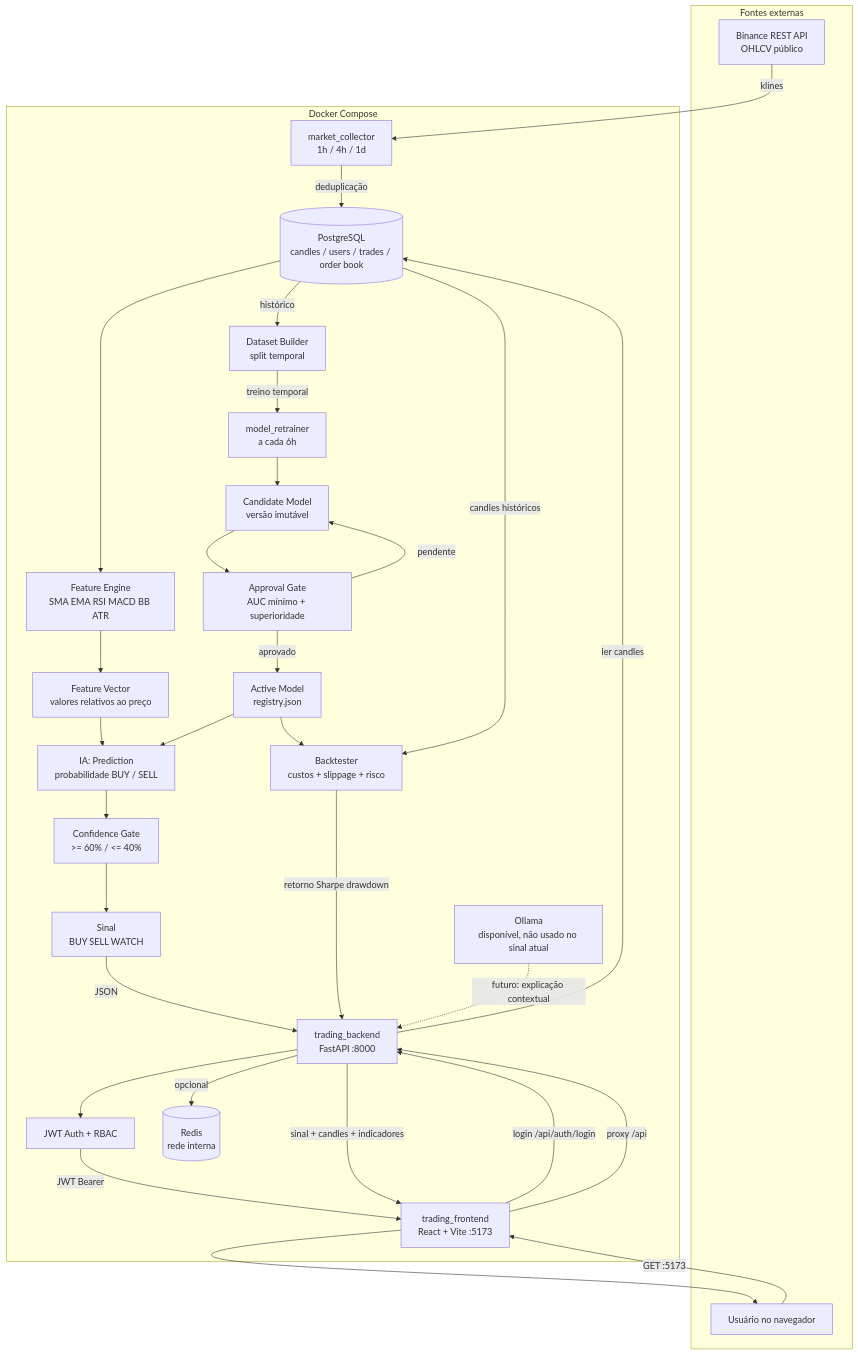
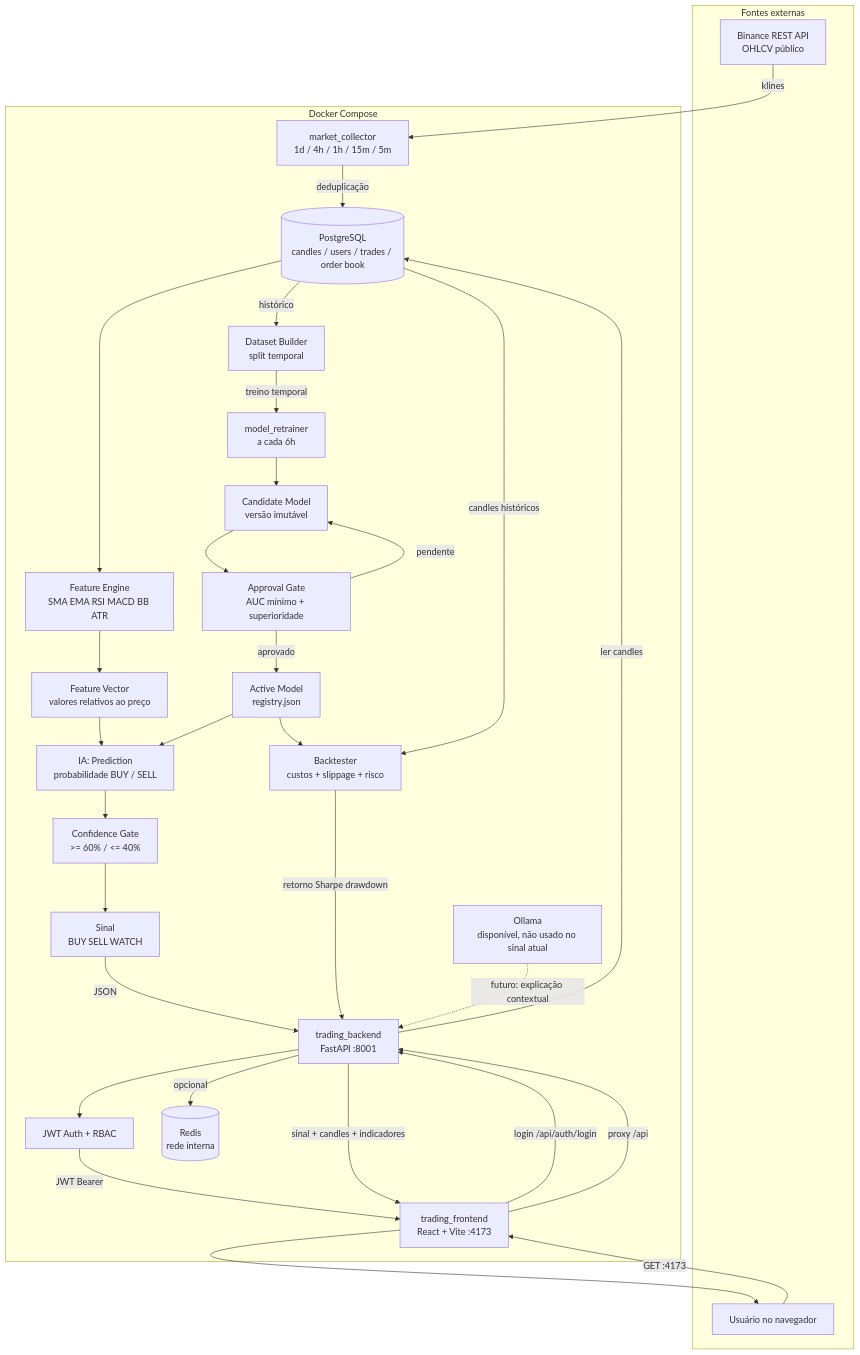
One commit to powerlok/tradeai changed the second of 7 diagrams in docs/ARCHITECTURE.md. Above: the diagram before and after it, drawn with Mermaid. The commit also changed other lines of this file and 85 other files, not shown here.

````diff
--- a/docs/ARCHITECTURE.md
+++ b/docs/ARCHITECTURE.md
@@ -40,60 +41,60 @@
 ```mermaid
 flowchart TD
     subgraph External[Fontes externas]
         Binance[Binance REST API\nOHLCV público]
         Browser[Usuário no navegador]
     end
 
     subgraph Docker[Docker Compose]
-        Collector[market_collector\n1h / 4h / 1d]
-        Frontend[trading_frontend\nReact + Vite :5173]
-        Backend[trading_backend\nFastAPI :8000]
+        Collector[market_collector\n1d / 4h / 1h / 15m / 5m]
+        Frontend[trading_frontend\nReact + Vite :4173]
+        Backend[trading_backend\nFastAPI :8001]
         Auth[JWT Auth + RBAC]
         DB[(PostgreSQL\ncandles / users / trades / order book)]
         Redis[(Redis\nrede interna)]
         Feature[Feature Engine\nSMA EMA RSI MACD BB ATR]
         Vector[Feature Vector\nvalores relativos ao preço]
         Active[Active Model\nregistry.json]
         Prediction[IA: Prediction\nprobabilidade BUY / SELL]
         Gate[Confidence Gate\n>= 60% / <= 40%]
         Signal[Sinal\nBUY SELL WATCH]
         Retrainer[model_retrainer\na cada 6h]
         Dataset[Dataset Builder\nsplit temporal]
         Candidate[Candidate Model\nversão imutável]
         Approval[Approval Gate\nAUC mínimo + superioridade]
         Backtest[Backtester\ncustos + slippage + risco]
         Ollama[Ollama\ndisponível, não usado no sinal atual]
     end
 
     Binance -->|klines| Collector
     Collector -->|deduplicação| DB
 
-    Browser -->|GET :5173| Frontend
+    Browser -->|GET :4173| Frontend
     Frontend -->|login /api/auth/login| Backend
     Backend --> Auth
     Auth -->|JWT Bearer| Frontend
     Frontend -->|proxy /api| Backend
 
     Backend -->|ler candles| DB
     Backend -->|opcional| Redis
     DB --> Feature
     Feature --> Vector
     Vector --> Prediction
     Active --> Prediction
     Prediction --> Gate
     Gate --> Signal
     Signal -->|JSON| Backend
     Backend -->|sinal + candles + indicadores| Frontend
     Frontend --> Browser
 
     DB -->|histórico| Dataset
     Dataset -->|treino temporal| Retrainer
     Retrainer --> Candidate
     Candidate --> Approval
     Approval -->|aprovado| Active
     Approval -->|pendente| Candidate
     Active --> Backtest
     DB -->|candles históricos| Backtest
     Backtest -->|retorno Sharpe drawdown| Backend
     Ollama -. futuro: explicação contextual .-> Backend
 ```
````
